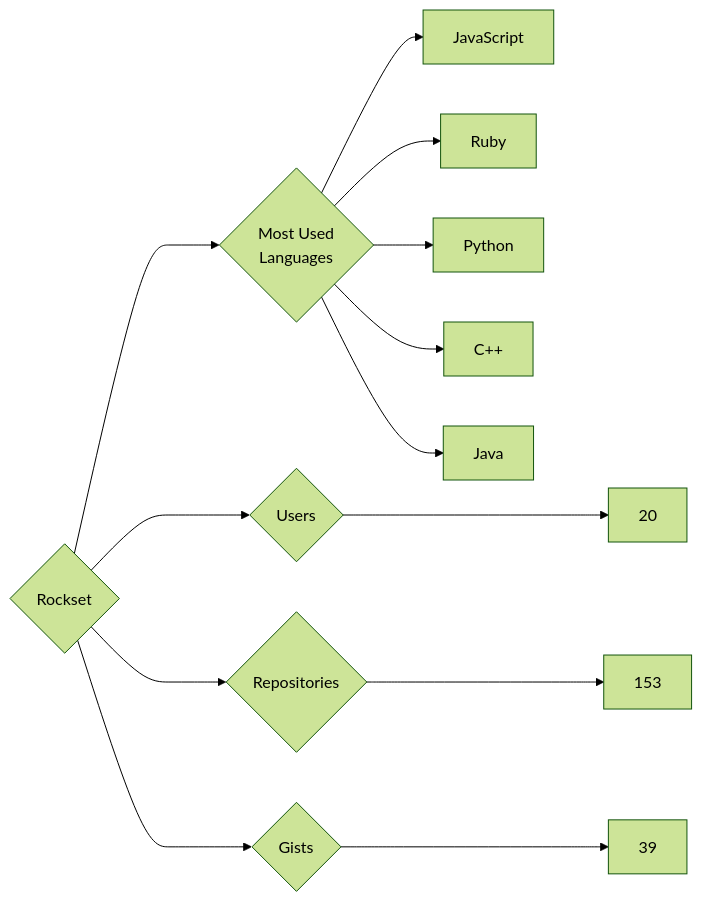
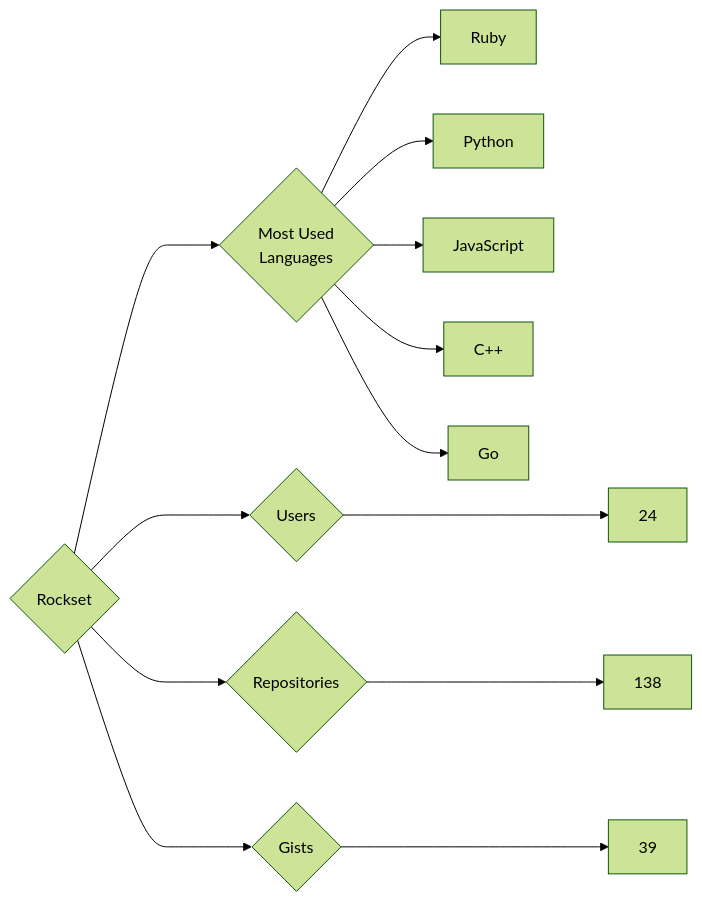
One commit to trickest/insiders changed the diagram in targets/Rockset/README.md. Above: the diagram before and after it, drawn with Mermaid (forest theme). The commit also changed 1011 other files, not shown here.

````diff
--- a/targets/Rockset/README.md
+++ b/targets/Rockset/README.md
@@ -3,13 +3,13 @@
 ```mermaid
 graph LR
 COMPANY_NAME{Rockset}
-COMPANY_NAME ---> U{Users} ---> UN[20]
-COMPANY_NAME ---> R{Repositories} ---> RN[153]
+COMPANY_NAME ---> U{Users} ---> UN[24]
+COMPANY_NAME ---> R{Repositories} ---> RN[138]
 COMPANY_NAME ---> G{Gists} ---> GN[39]
 COMPANY_NAME ---> ML{Most Used<br>Languages}
-ML --> JavaScript[JavaScript]
 ML --> Ruby[Ruby]
 ML --> Python[Python]
+ML --> JavaScript[JavaScript]
 ML --> C++[C++]
-ML --> Java[Java]
+ML --> Go[Go]
 ```
````
